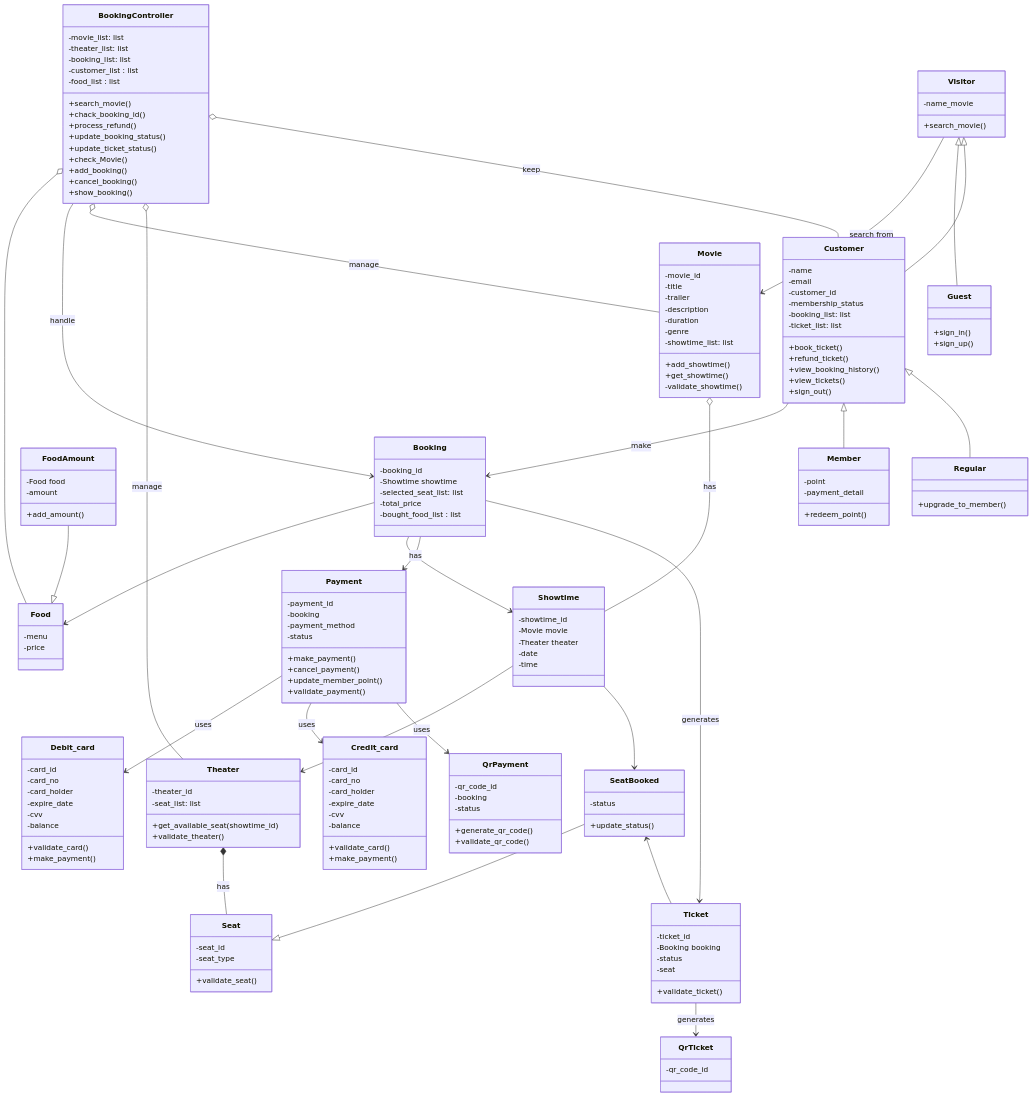
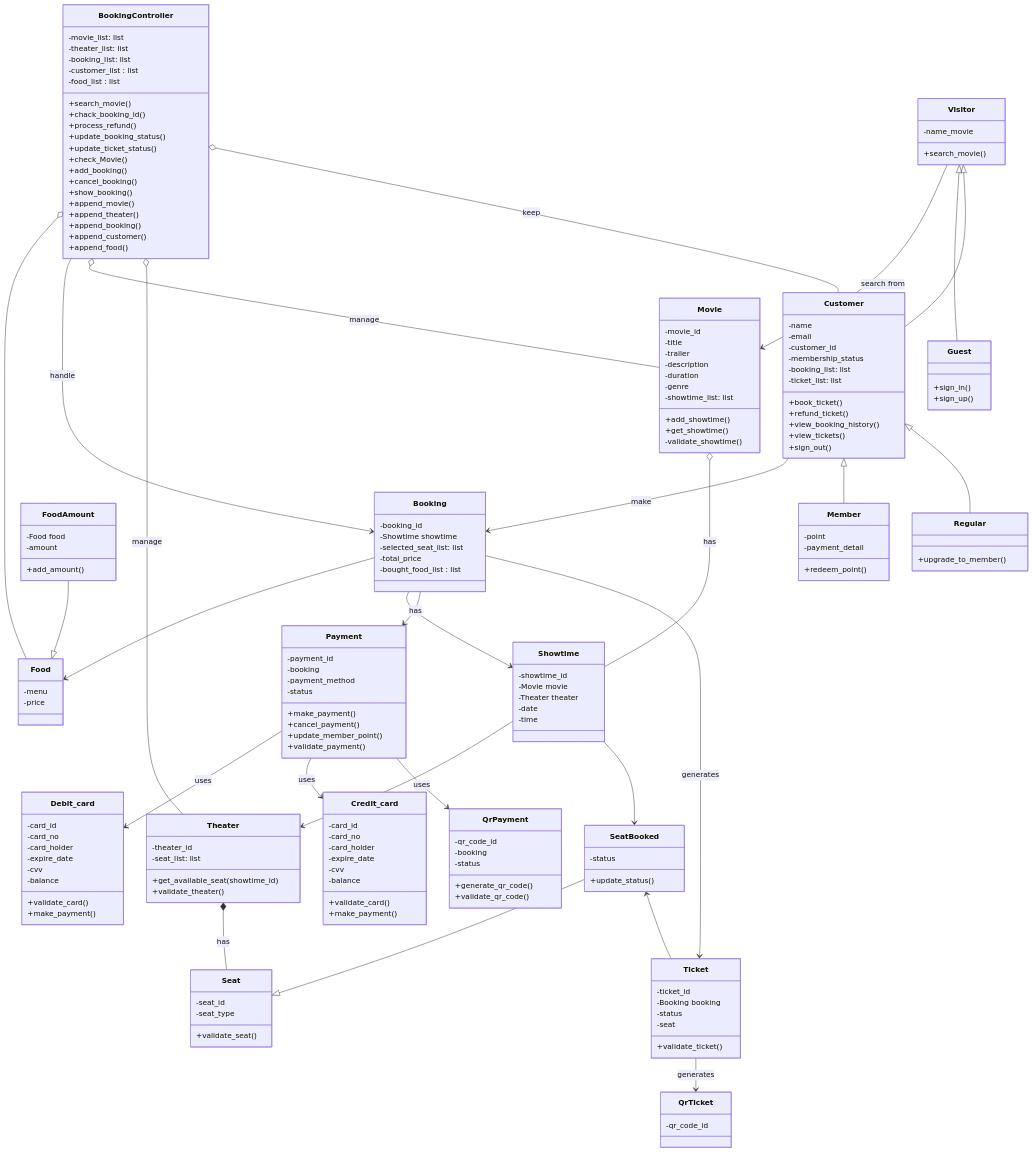
Before and after one commit to nokkkok/CE_Isan_House: the diagram in old/oldclassdiagram.md, drawn with Mermaid.

```diff
--- a/old/oldclassdiagram.md
+++ b/old/oldclassdiagram.md
@@ -61,6 +61,11 @@
         +add_booking()
         +cancel_booking()
         +show_booking()
+        +append_movie()
+        +append_theater()
+        +append_booking()
+        +append_customer()
+        +append_food()
     }
     
     class Movie{
```
